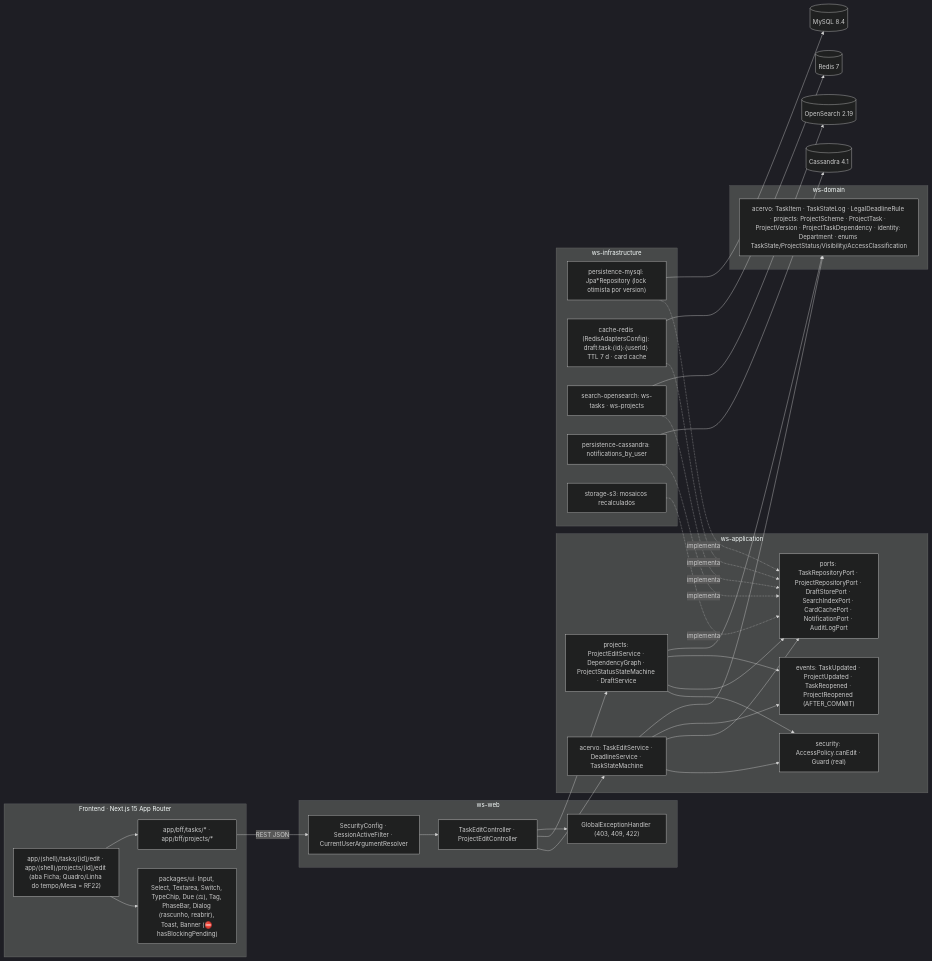
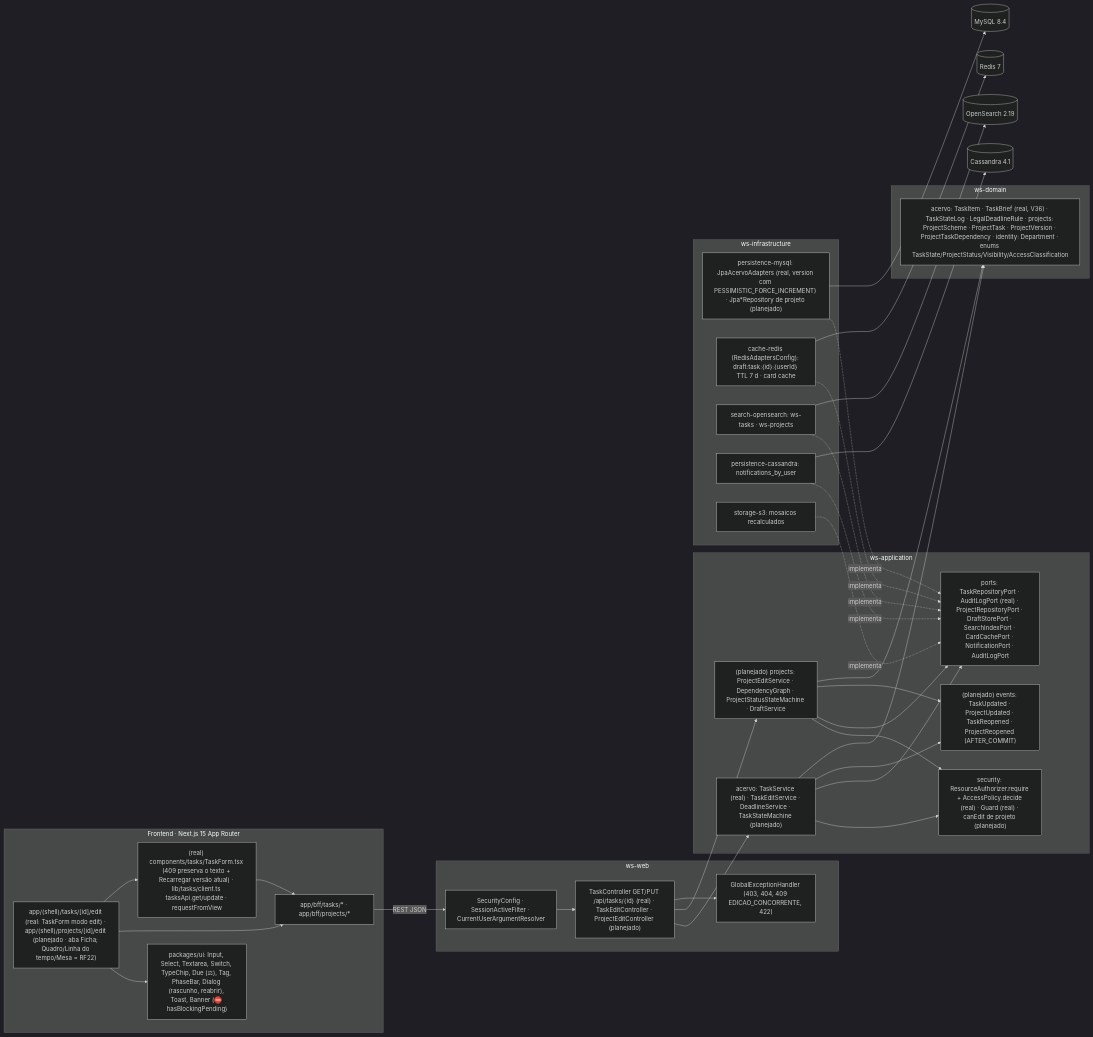
The fifth of 5 diagrams in docs/diagramas/RF12/README.md (MatheusHaliski/Decia-app-2026), drawn with Mermaid (dark theme) before and after one commit. The commit also changed other lines of this file and 3 other files, not shown here.

First line of the commit message:
docs(diagramas): RF4, RF12 e RF41 alinhados à API real de tarefas

````diff
--- a/docs/diagramas/RF12/README.md
+++ b/docs/diagramas/RF12/README.md
@@ -457,53 +569,56 @@
 ```mermaid
 flowchart LR
   subgraph FE["Frontend · Next.js 15 App Router"]
-    PG["app/(shell)/tasks/[id]/edit · app/(shell)/projects/[id]/edit (aba Ficha; Quadro/Linha do tempo/Mesa = RF22)"]
+    PG["app/(shell)/tasks/[id]/edit (real: TaskForm modo edit) · app/(shell)/projects/[id]/edit (planejado · aba Ficha; Quadro/Linha do tempo/Mesa = RF22)"]
+    TFE["(real) components/tasks/TaskForm.tsx (409 preserva o texto + Recarregar versão atual) · lib/tasks/client.ts tasksApi.get/update · requestFromView"]
     UI["packages/ui: Input, Select, Textarea, Switch, TypeChip, Due (⚖), Tag, PhaseBar, Dialog (rascunho, reabrir), Toast, Banner (⛔ hasBlockingPending)"]
     BFF["app/bff/tasks/* · app/bff/projects/*"]
     PG --> UI
     PG --> BFF
+    PG --> TFE
+    TFE --> BFF
   end
   subgraph WSWEB["ws-web"]
     SEC["SecurityConfig · SessionActiveFilter · CurrentUserArgumentResolver"]
-    EC["TaskEditController · ProjectEditController"]
-    GEH["GlobalExceptionHandler (403, 409, 422)"]
+    EC["TaskController GET/PUT /api/tasks/{id} (real) · TaskEditController · ProjectEditController (planejado)"]
+    GEH["GlobalExceptionHandler (403, 404, 409 EDICAO_CONCORRENTE, 422)"]
   end
   subgraph WSAPP["ws-application"]
-    ACV["acervo: TaskEditService · DeadlineService · TaskStateMachine"]
-    PRJ["projects: ProjectEditService · DependencyGraph · ProjectStatusStateMachine · DraftService"]
-    SECU["security: AccessPolicy.canEdit · Guard (real)"]
-    PORTS["ports: TaskRepositoryPort · ProjectRepositoryPort · DraftStorePort · SearchIndexPort · CardCachePort · NotificationPort · AuditLogPort"]
-    EVT["events: TaskUpdated · ProjectUpdated · TaskReopened · ProjectReopened (AFTER_COMMIT)"]
+    ACV["acervo: TaskService (real) · TaskEditService · DeadlineService · TaskStateMachine (planejado)"]
+    PRJ["(planejado) projects: ProjectEditService · DependencyGraph · ProjectStatusStateMachine · DraftService"]
+    SECU["security: ResourceAuthorizer.require + AccessPolicy.decide (real) · Guard (real) · canEdit de projeto (planejado)"]
+    PORTS["ports: TaskRepositoryPort · AuditLogPort (real) · ProjectRepositoryPort · DraftStorePort · SearchIndexPort · CardCachePort · NotificationPort · AuditLogPort"]
+    EVT["(planejado) events: TaskUpdated · ProjectUpdated · TaskReopened · ProjectReopened (AFTER_COMMIT)"]
     ACV --> SECU
     PRJ --> SECU
     ACV --> PORTS
     PRJ --> PORTS
     ACV --> EVT
     PRJ --> EVT
   end
   subgraph WSDOM["ws-domain"]
-    DOM["acervo: TaskItem · TaskStateLog · LegalDeadlineRule · projects: ProjectScheme · ProjectTask · ProjectVersion · ProjectTaskDependency · identity: Department · enums TaskState/ProjectStatus/Visibility/AccessClassification"]
+    DOM["acervo: TaskItem · TaskBrief (real, V36) · TaskStateLog · LegalDeadlineRule · projects: ProjectScheme · ProjectTask · ProjectVersion · ProjectTaskDependency · identity: Department · enums TaskState/ProjectStatus/Visibility/AccessClassification"]
   end
   subgraph INFRA["ws-infrastructure"]
-    MY["persistence-mysql: Jpa*Repository (lock otimista por version)"]
+    MY["persistence-mysql: JpaAcervoAdapters (real, version com PESSIMISTIC_FORCE_INCREMENT) · Jpa*Repository de projeto (planejado)"]
     RDS["cache-redis (RedisAdaptersConfig): draft:task:{id}:{userId} TTL 7 d · card cache"]
     OSE["search-opensearch: ws-tasks · ws-projects"]
     CAS["persistence-cassandra: notifications_by_user"]
     S3["storage-s3: mosaicos recalculados"]
   end
 
   BFF -->|"REST JSON"| SEC --> EC --> ACV
   EC --> PRJ
   EC --> GEH
   MY -.implementa.-> PORTS
   RDS -.implementa.-> PORTS
   OSE -.implementa.-> PORTS
   CAS -.implementa.-> PORTS
   S3 -.implementa.-> PORTS
   ACV --> DOM
   PRJ --> DOM
   MY --> DB[("MySQL 8.4")]
   RDS --> RD[("Redis 7")]
   OSE --> OSX[("OpenSearch 2.19")]
   CAS --> CDB[("Cassandra 4.1")]
 ```
````
